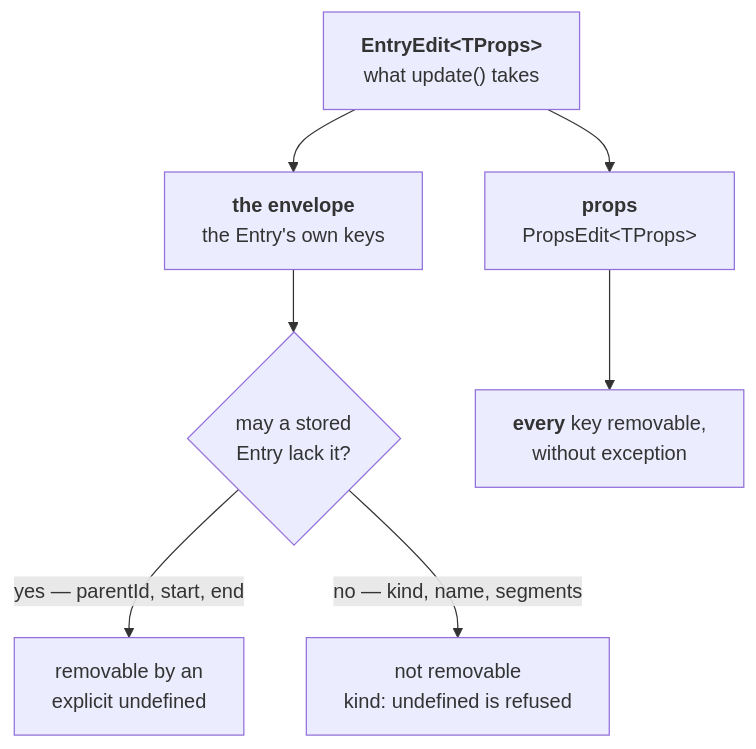
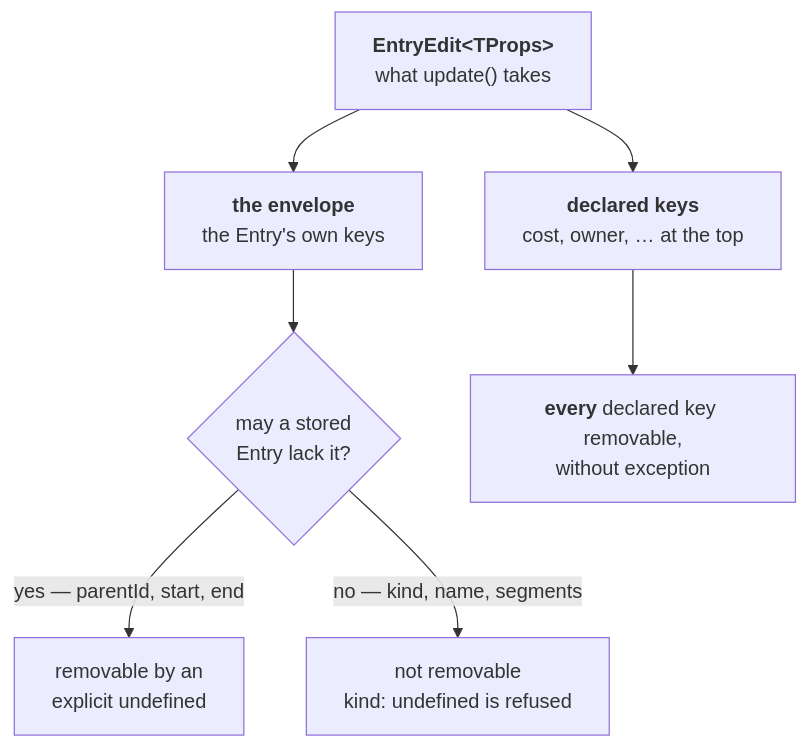
The diagram in plans/field-redesign/0011-consumer-values-in-props/types.md (freegantt/freegantt), drawn with Mermaid before and after one commit. The commit also changed other lines of this file and 16 other files, not shown here.

````diff
--- a/plans/field-redesign/0011-consumer-values-in-props/types.md
+++ b/plans/field-redesign/0011-consumer-values-in-props/types.md
@@ -9,9 +9,9 @@
 ```mermaid
 flowchart TB
   E["<b>EntryEdit&lt;TProps&gt;</b><br/>what update() takes"] --> ENV["<b>the envelope</b><br/>the Entry's own keys"]
-  E --> P["<b>props</b><br/>PropsEdit&lt;TProps&gt;"]
+  E --> S["<b>declared keys</b><br/>cost, owner, … at the top"]
   ENV --> R{"may a stored<br/>Entry lack it?"}
   R -->|"yes — parentId, start, end"| RM["removable by an<br/>explicit undefined"]
   R -->|"no — kind, name, segments"| NR["not removable<br/>kind: undefined is refused"]
-  P --> ALL["<b>every</b> key removable,<br/>without exception"]
+  S --> ALL["<b>every</b> declared key removable,<br/>without exception"]
 ```
````
